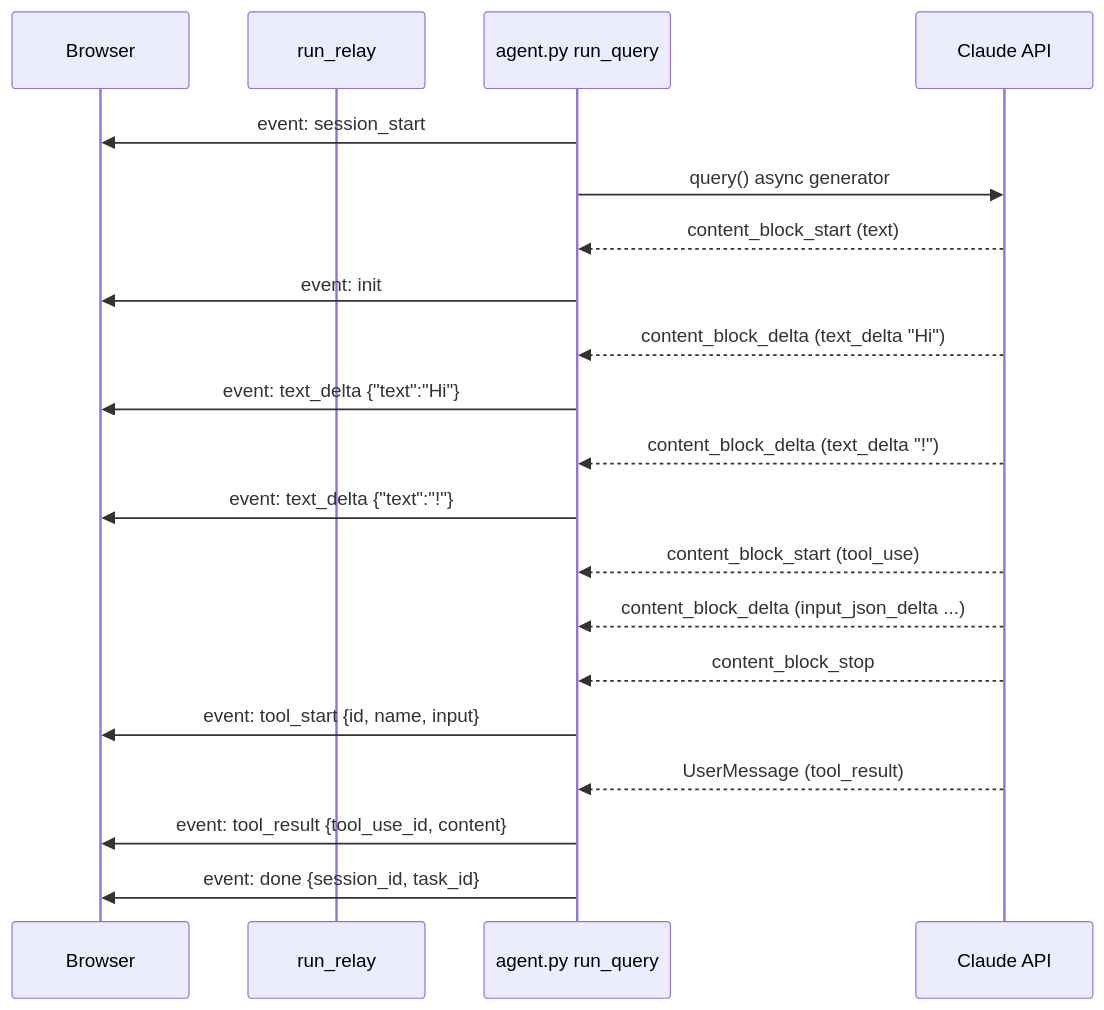
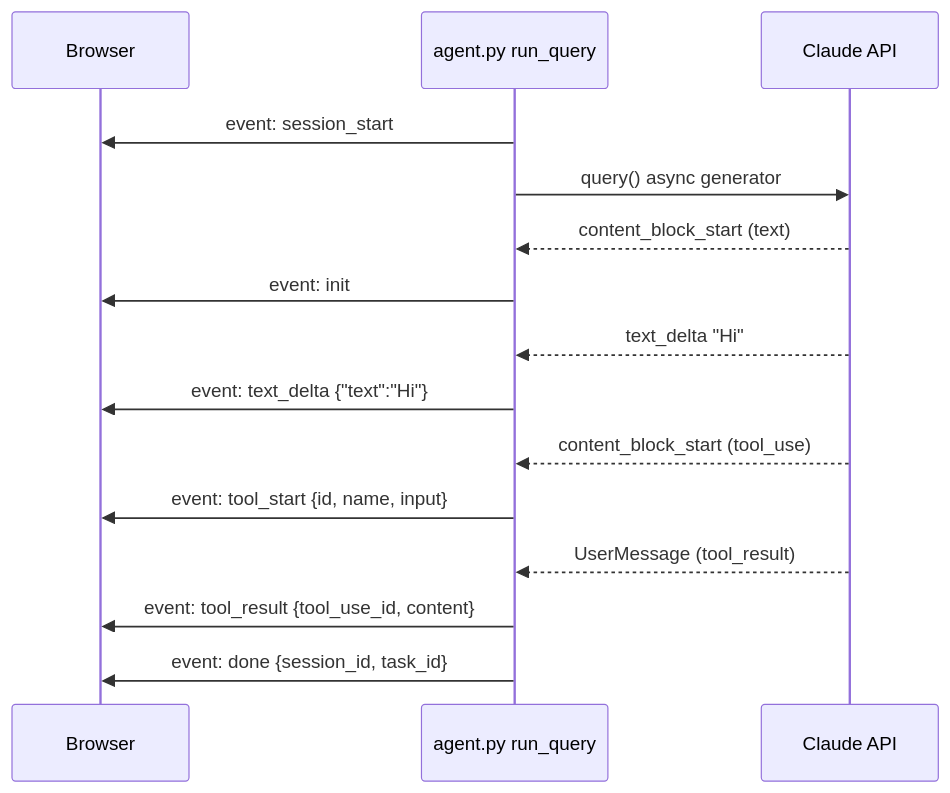
The third of 5 diagrams in docs/chat-architecture.md (henrywong-crypto/chat-test3), drawn with Mermaid before and after one commit. The commit also changed other lines of this file and 14 other files, not shown here.

````diff
--- a/docs/chat-architecture.md
+++ b/docs/chat-architecture.md
@@ -166,23 +121,18 @@
 ```mermaid
 sequenceDiagram
     participant B as Browser
-    participant R as run_relay
     participant A as agent.py run_query
     participant C as Claude API
 
     A->>B: event: session_start
     A->>C: query() async generator
     C-->>A: content_block_start (text)
     A->>B: event: init
-    C-->>A: content_block_delta (text_delta "Hi")
+    C-->>A: text_delta "Hi"
     A->>B: event: text_delta {"text":"Hi"}
-    C-->>A: content_block_delta (text_delta "!")
-    A->>B: event: text_delta {"text":"!"}
     C-->>A: content_block_start (tool_use)
-    C-->>A: content_block_delta (input_json_delta ...)
-    C-->>A: content_block_stop
     A->>B: event: tool_start {id, name, input}
     C-->>A: UserMessage (tool_result)
     A->>B: event: tool_result {tool_use_id, content}
     A->>B: event: done {session_id, task_id}
 ```
````
